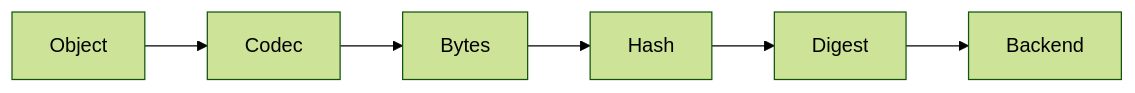
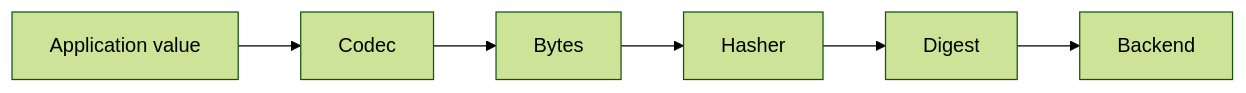
Before and after one commit to dmundt/go-cask: the diagram in website/index.md, drawn with Mermaid (forest theme). The commit also changed other lines of this file and 19 other files, not shown here.

````diff
--- a/website/index.md
+++ b/website/index.md
@@ -44,8 +165,8 @@
 ```mermaid
 flowchart LR
-    A[Object] --> B[Codec]
-    B --> C[Bytes]
-    C --> D[Hash]
-    D --> E[Digest]
-    E --> F[Backend]
+    A["Application value"] --> B["Codec"]
+    B --> C["Bytes"]
+    C --> D["Hasher"]
+    D --> E["Digest"]
+    E --> F["Backend"]
 ```
````
